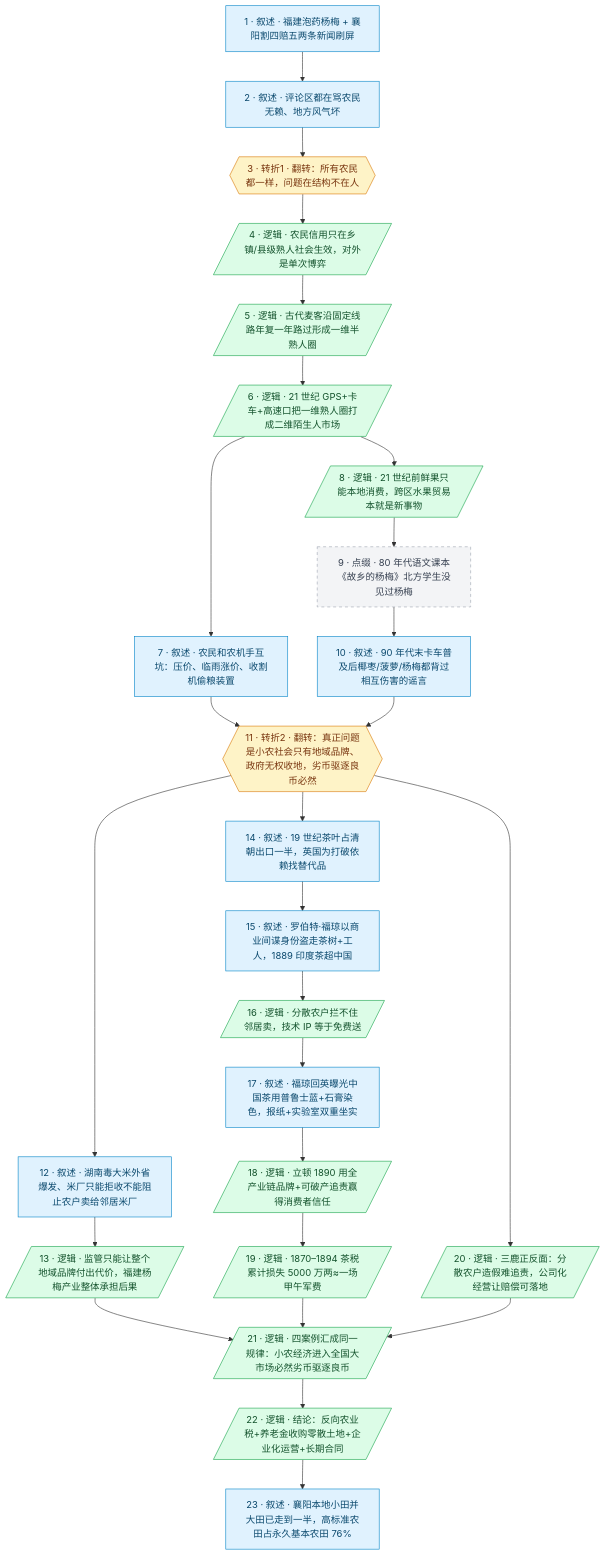
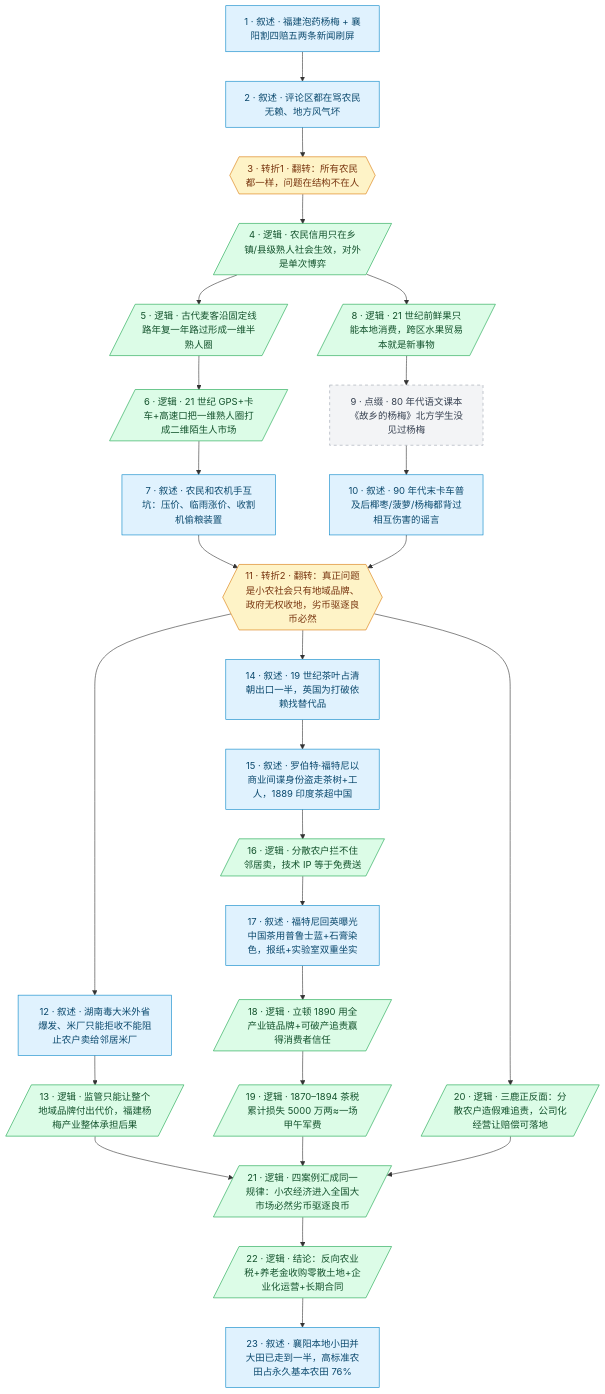
Before and after one commit to liusining/mdg-media-skills: the diagram in btnews/1001_1100/btnews_1062.madugong-analysis.md, drawn with Mermaid. The commit also changed other lines of this file and 1 other file, not shown here.

````diff
--- a/btnews/1001_1100/btnews_1062.madugong-analysis.md
+++ b/btnews/1001_1100/btnews_1062.madugong-analysis.md
@@ -75,45 +75,45 @@
 ```mermaid
 flowchart TD
     classDef typeA fill:#e0f2fe,stroke:#0284c7,color:#0c4a6e
     classDef typeB fill:#dcfce7,stroke:#16a34a,color:#14532d
     classDef typeC fill:#f3f4f6,stroke:#9ca3af,color:#374151,stroke-dasharray:5 5
     classDef typeD fill:#fef3c7,stroke:#d97706,color:#78350f
 
     1["1 · 叙述 · 福建泡药杨梅 + 襄阳割四赔五两条新闻刷屏"]:::typeA
     2["2 · 叙述 · 评论区都在骂农民无赖、地方风气坏"]:::typeA
     3{{"3 · 转折1 · 翻转：所有农民都一样，问题在结构不在人"}}:::typeD
     4[/"4 · 逻辑 · 农民信用只在乡镇/县级熟人社会生效，对外是单次博弈"/]:::typeB
     5[/"5 · 逻辑 · 古代麦客沿固定线路年复一年路过形成一维半熟人圈"/]:::typeB
     6[/"6 · 逻辑 · 21 世纪 GPS+卡车+高速口把一维熟人圈打成二维陌生人市场"/]:::typeB
     7["7 · 叙述 · 农民和农机手互坑：压价、临雨涨价、收割机偷粮装置"]:::typeA
     8[/"8 · 逻辑 · 21 世纪前鲜果只能本地消费，跨区水果贸易本就是新事物"/]:::typeB
     9["9 · 点缀 · 80 年代语文课本《故乡的杨梅》北方学生没见过杨梅"]:::typeC
     10["10 · 叙述 · 90 年代末卡车普及后椰枣/菠萝/杨梅都背过相互伤害的谣言"]:::typeA
     11{{"11 · 转折2 · 翻转：真正问题是小农社会只有地域品牌、政府无权收地，劣币驱逐良币必然"}}:::typeD
     12["12 · 叙述 · 湖南毒大米外省爆发、米厂只能拒收不能阻止农户卖给邻居米厂"]:::typeA
     13[/"13 · 逻辑 · 监管只能让整个地域品牌付出代价，福建杨梅产业整体承担后果"/]:::typeB
     14["14 · 叙述 · 19 世纪茶叶占清朝出口一半，英国为打破依赖找替代品"]:::typeA
-    15["15 · 叙述 · 罗伯特·福琼以商业间谍身份盗走茶树+工人，1889 印度茶超中国"]:::typeA
+    15["15 · 叙述 · 罗伯特·福特尼以商业间谍身份盗走茶树+工人，1889 印度茶超中国"]:::typeA
     16[/"16 · 逻辑 · 分散农户拦不住邻居卖，技术 IP 等于免费送"/]:::typeB
-    17["17 · 叙述 · 福琼回英曝光中国茶用普鲁士蓝+石膏染色，报纸+实验室双重坐实"]:::typeA
+    17["17 · 叙述 · 福特尼回英曝光中国茶用普鲁士蓝+石膏染色，报纸+实验室双重坐实"]:::typeA
     18[/"18 · 逻辑 · 立顿 1890 用全产业链品牌+可破产追责赢得消费者信任"/]:::typeB
     19[/"19 · 逻辑 · 1870–1894 茶税累计损失 5000 万两≈一场甲午军费"/]:::typeB
     20[/"20 · 逻辑 · 三鹿正反面：分散农户造假难追责，公司化经营让赔偿可落地"/]:::typeB
     21[/"21 · 逻辑 · 四案例汇成同一规律：小农经济进入全国大市场必然劣币驱逐良币"/]:::typeB
     22[/"22 · 逻辑 · 结论：反向农业税+养老金收购零散土地+企业化运营+长期合同"/]:::typeB
     23["23 · 叙述 · 襄阳本地小田并大田已走到一半，高标准农田占永久基本农田 76%"]:::typeA
 
     1 --> 2 --> 3
     3 --> 4 --> 5 --> 6
     6 --> 7
-    6 --> 8 --> 9 --> 10
+    4 --> 8 --> 9 --> 10
     7 --> 11
     10 --> 11
     11 --> 12 --> 13
     11 --> 14 --> 15 --> 16 --> 17 --> 18 --> 19
     11 --> 20
     13 --> 21
     19 --> 21
     20 --> 21
     21 --> 22 --> 23
 ```
````
